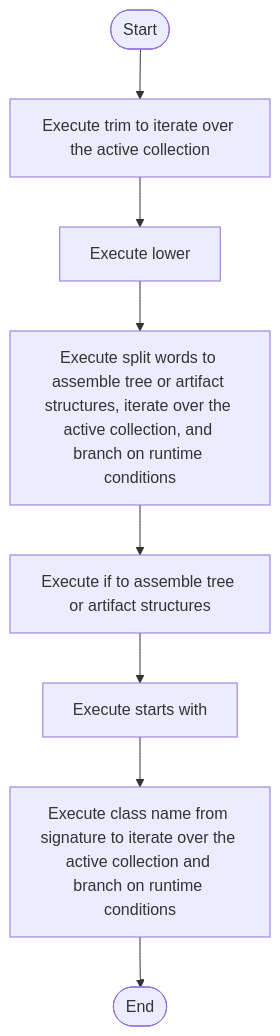
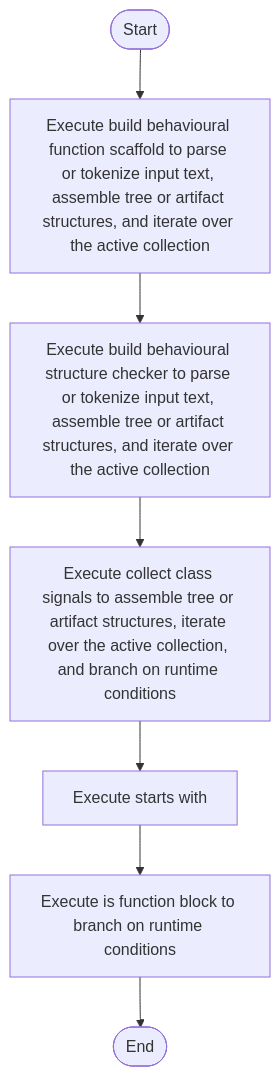
One commit to JohnAndrewBalbarosa/NeoTerritory changed the diagram in docs/Codebase/Microservice/Modules/Source/Behavioural/Logic/behavioural_logic_scaffold.cpp.md. Above: the diagram before and after it, drawn with Mermaid. The commit also changed 148 other files, not shown here.

````diff
--- a/docs/Codebase/Microservice/Modules/Source/Behavioural/Logic/behavioural_logic_scaffold.cpp.md
+++ b/docs/Codebase/Microservice/Modules/Source/Behavioural/Logic/behavioural_logic_scaffold.cpp.md
@@ -36,18 +36,16 @@
 ```mermaid
 flowchart TD
     Start([Start])
-    N0[Execute trim to iterate over the active collection]
-    N1[Execute lower]
-    N2[Execute split words to assemble tree or artifact structures, iterate over the active collection, and branch on runtime conditions]
-    N3[Execute if to assemble tree or artifact structures]
-    N4[Execute starts with]
-    N5[Execute class name from signature to iterate over the active collection and branch on runtime conditions]
+    N0[Execute build behavioural function scaffold to parse or tokenize input text, assemble tree or artifact structures, and iterate over the active collection]
+    N1[Execute build behavioural structure checker to parse or tokenize input text, assemble tree or artifact structures, and iterate over the active collection]
+    N2[Execute collect class signals to assemble tree or artifact structures, iterate over the active collection, and branch on runtime conditions]
+    N3[Execute starts with]
+    N4[Execute is function block to branch on runtime conditions]
     End([End])
     Start --> N0
     N0 --> N1
     N1 --> N2
     N2 --> N3
     N3 --> N4
-    N4 --> N5
-    N5 --> End
+    N4 --> End
 ```
````
